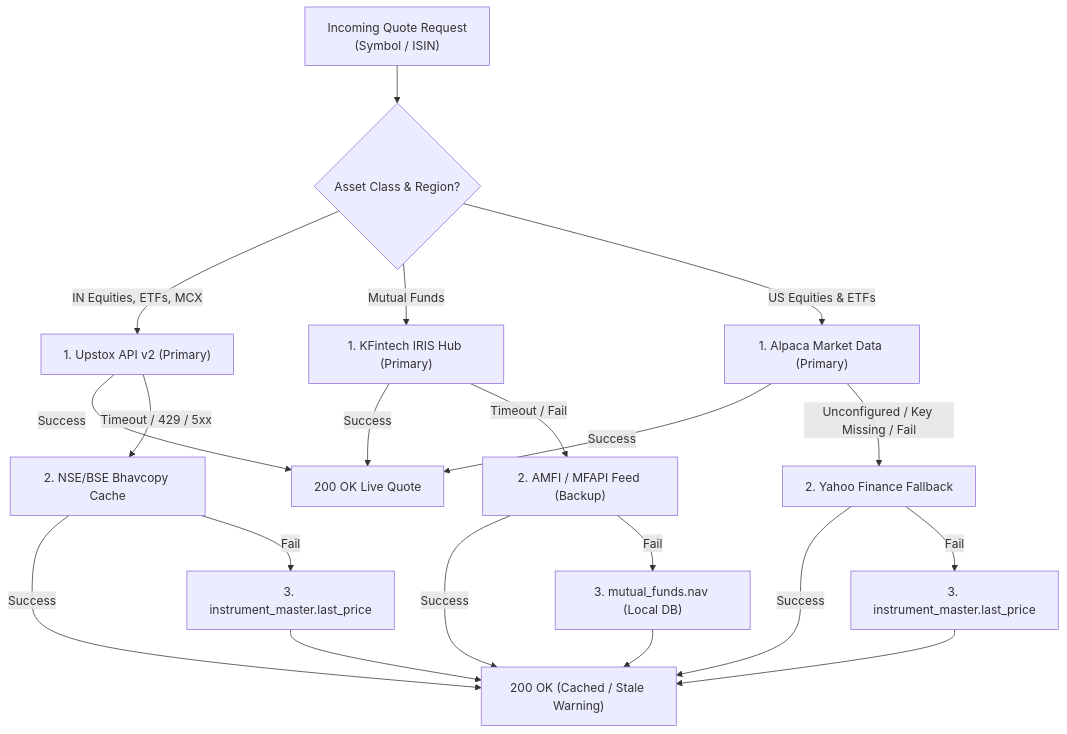
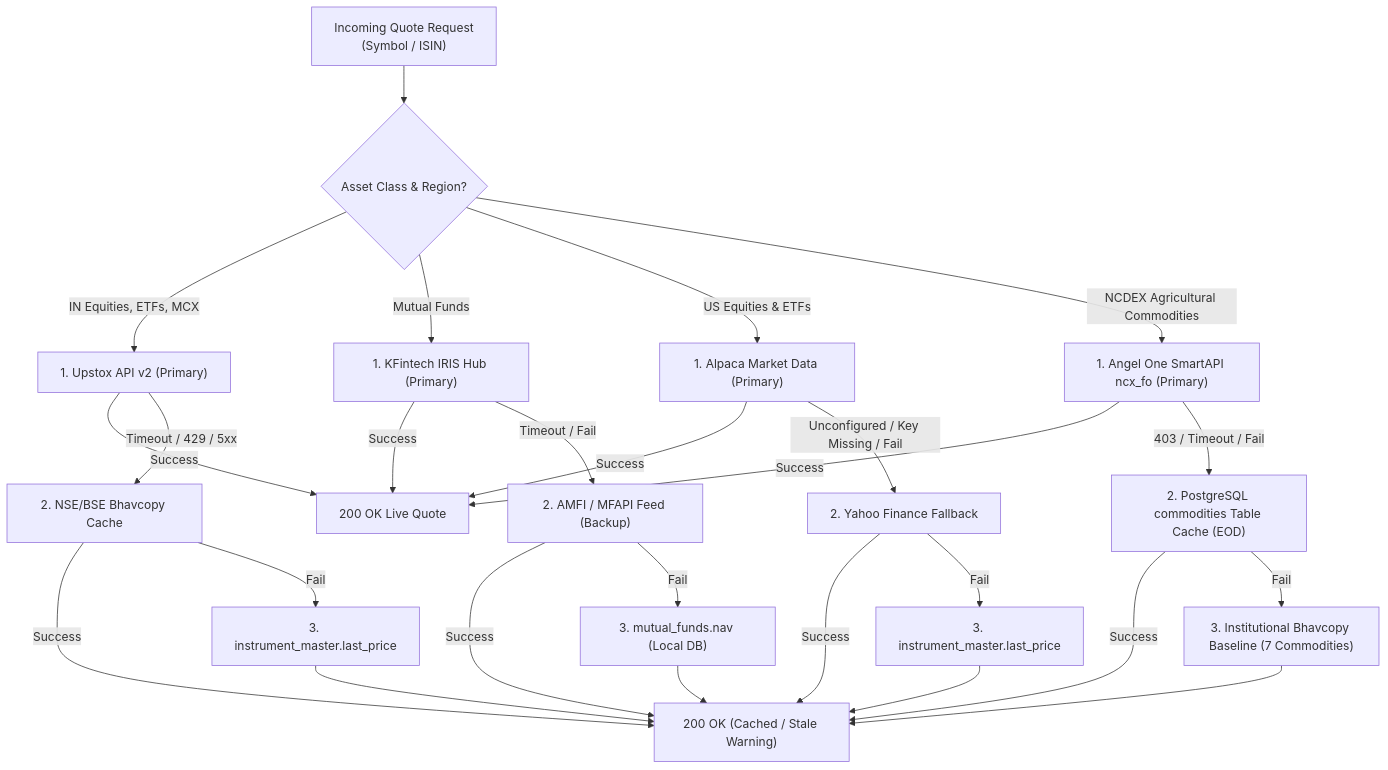
One commit to meekservices/FintekPro changed the second of 2 diagrams in docs/SOP_PARTNER_BROKER_AND_API_INTEGRATIONS.md. Above: the diagram before and after it, drawn with Mermaid. The commit also changed other lines of this file, not shown here.

Commit message:
docs(api-sop): sync Angel One SmartAPI NCDEX governance updates

````diff
--- a/docs/SOP_PARTNER_BROKER_AND_API_INTEGRATIONS.md
+++ b/docs/SOP_PARTNER_BROKER_AND_API_INTEGRATIONS.md
@@ -149,25 +200,32 @@
 ```mermaid
 flowchart TD
     REQ["Incoming Quote Request<br/>(Symbol / ISIN)"] --> ROUTE{"Asset Class & Region?"}
 
     ROUTE -->|IN Equities, ETFs, MCX| U_P["1. Upstox API v2 (Primary)"]
     U_P -->|Success| RESP["200 OK Live Quote"]
     U_P -->|Timeout / 429 / 5xx| U_F1["2. NSE/BSE Bhavcopy Cache"]
     U_F1 -->|Success| RESP_WARN["200 OK (Cached / Stale Warning)"]
     U_F1 -->|Fail| U_F2["3. instrument_master.last_price"]
     U_F2 --> RESP_WARN
 
     ROUTE -->|Mutual Funds| I_P["1. KFintech IRIS Hub (Primary)"]
     I_P -->|Success| RESP
     I_P -->|Timeout / Fail| I_F["2. AMFI / MFAPI Feed (Backup)"]
     I_F -->|Success| RESP_WARN
     I_F -->|Fail| I_F2["3. mutual_funds.nav (Local DB)"]
     I_F2 --> RESP_WARN
 
     ROUTE -->|US Equities & ETFs| A_P["1. Alpaca Market Data (Primary)"]
     A_P -->|Success| RESP
     A_P -->|Unconfigured / Key Missing / Fail| A_F["2. Yahoo Finance Fallback"]
     A_F -->|Success| RESP_WARN
     A_F -->|Fail| A_F2["3. instrument_master.last_price"]
     A_F2 --> RESP_WARN
+
+    ROUTE -->|NCDEX Agricultural Commodities| AO_P["1. Angel One SmartAPI ncx_fo (Primary)"]
+    AO_P -->|Success| RESP
+    AO_P -->|403 / Timeout / Fail| AO_F1["2. PostgreSQL commodities Table Cache (EOD)"]
+    AO_F1 -->|Success| RESP_WARN
+    AO_F1 -->|Fail| AO_F2["3. Institutional Bhavcopy Baseline (7 Commodities)"]
+    AO_F2 --> RESP_WARN
 ```
````
